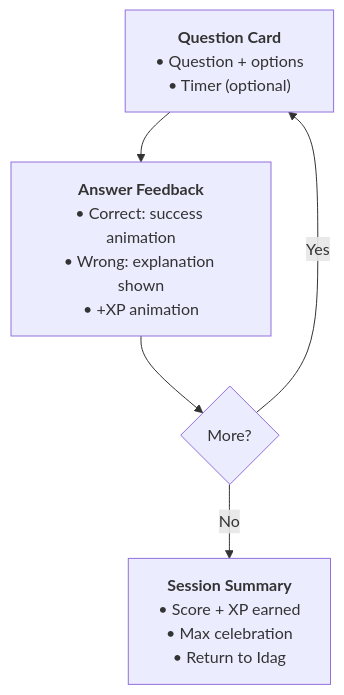
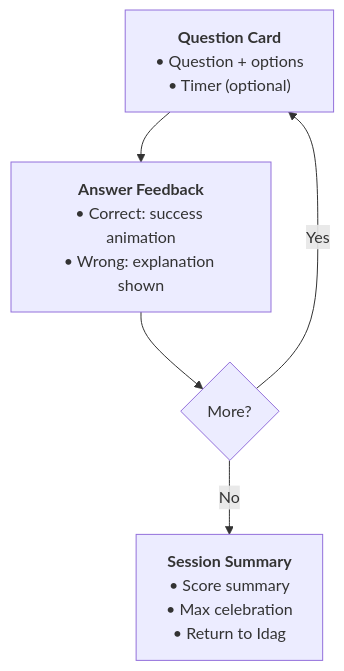
One commit to Willayam/maxa changed the fifth of 8 diagrams in docs/ROADMAP.md. Above: the diagram before and after it, drawn with Mermaid. The commit also changed other lines of this file and 24 other files, not shown here.

````diff
--- a/docs/ROADMAP.md
+++ b/docs/ROADMAP.md
@@ -101,8 +101,8 @@
 ```mermaid
 flowchart TD
     A["<b>Question Card</b><br/>• Question + options<br/>• Timer (optional)"]
-    A --> B["<b>Answer Feedback</b><br/>• Correct: success animation<br/>• Wrong: explanation shown<br/>• +XP animation"]
+    A --> B["<b>Answer Feedback</b><br/>• Correct: success animation<br/>• Wrong: explanation shown"]
     B --> C{More?}
     C -->|Yes| A
-    C -->|No| D["<b>Session Summary</b><br/>• Score + XP earned<br/>• Max celebration<br/>• Return to Idag"]
+    C -->|No| D["<b>Session Summary</b><br/>• Score summary<br/>• Max celebration<br/>• Return to Idag"]
 ```
````
